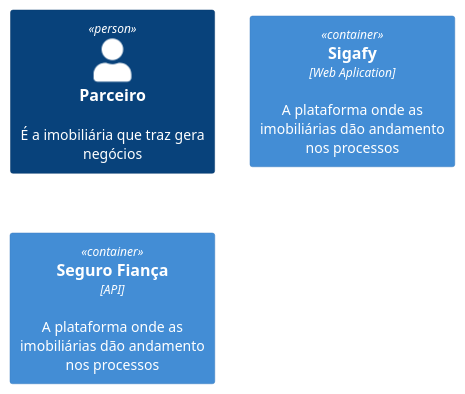
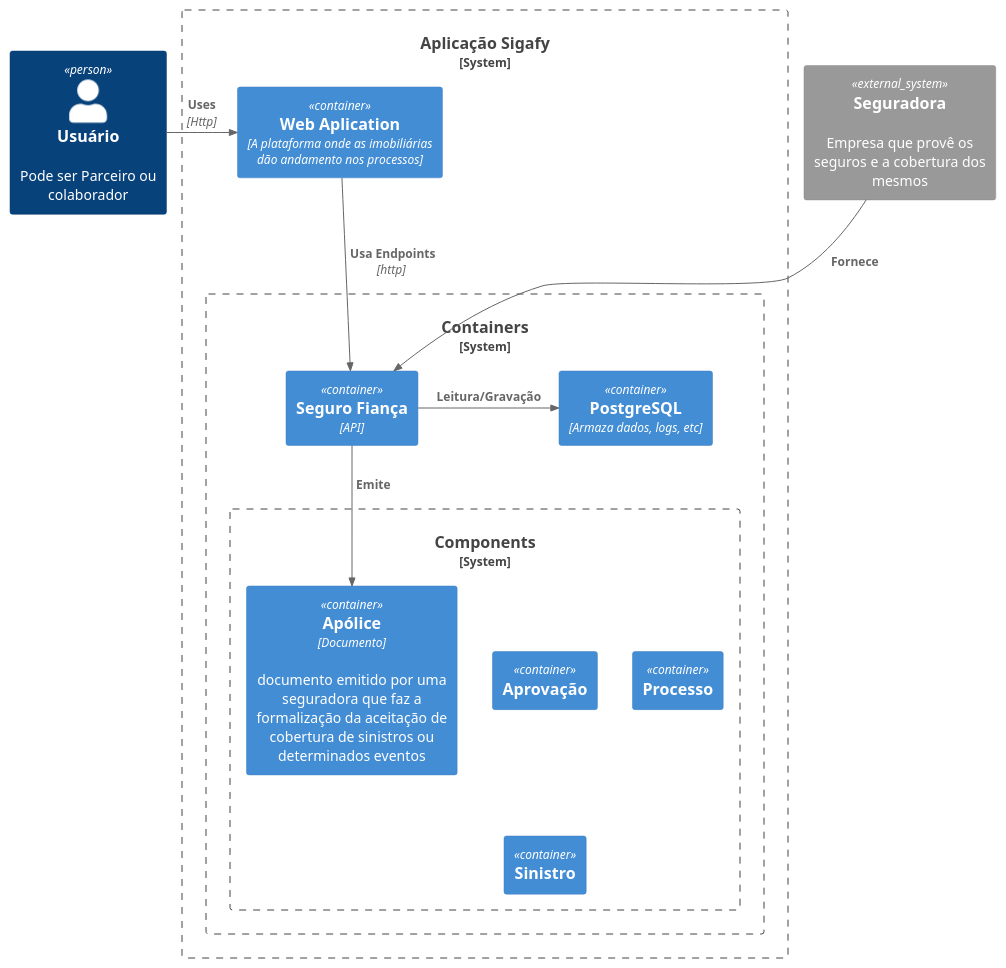
The diagram in C4model.plantuml (EliezerRibeiroNunes/C4Model), drawn with PlantUML before and after one commit.

Commit message:
Criando camadas

```diff
--- a/C4model.plantuml
+++ b/C4model.plantuml
@@ -1,8 +1,30 @@
 @startuml Seguro Fiança
 
 !include https://raw.githubusercontent.com/plantuml-stdlib/C4-PlantUML/master/C4_Container.puml
 
-Person(user, "Parceiro", "É a imobiliária que traz gera negócios ")
-Container(sys, "Sigafy","Web Aplication", "A plataforma onde as imobiliárias dão andamento nos processos")
-Container(api, "Seguro Fiança","API", "A plataforma onde as imobiliárias dão andamento nos processos")
+Person(user, "Usuário", "Pode ser Parceiro ou colaborador")
+System_Ext(seguradora, "Seguradora", "Empresa que provê os seguros e a cobertura dos mesmos")
+
+System_Boundary(c1, "Aplicação Sigafy") {
+    Container(sys, "Web Aplication", "A plataforma onde as imobiliárias dão andamento nos processos")
+
+    System_Boundary(c2, "Containers") {
+        Container(api,"Seguro Fiança","API")
+        Container(db, "PostgreSQL" ,"Armaza dados, logs, etc")
+
+        System_Boundary(c3, "Components") {
+            Container(apolice, "Apólice", "Documento", "documento emitido por uma seguradora que faz a formalização da aceitação de cobertura de sinistros ou determinados eventos")
+            Container(aprovacao, "Aprovação")
+            Container(processo, "Processo")
+            Container(sinistro, "Sinistro")
+        }
+    }
+}
+
+Rel_R(user, sys, "Uses", "Http")
+Rel(sys, api, " Usa Endpoints","http")
+Rel(api, apolice, " Emite")
+Rel(seguradora, api, "Fornece")
+Rel_R(api, db, "Leitura/Gravação")
+
 @enduml
```
